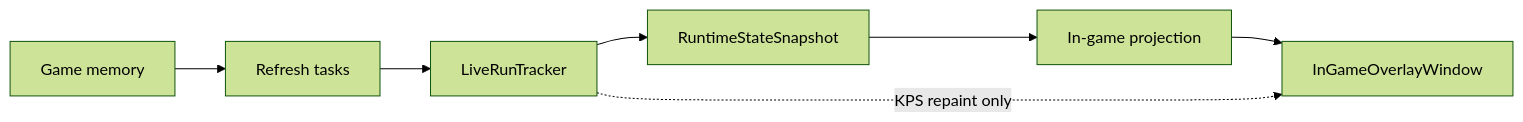
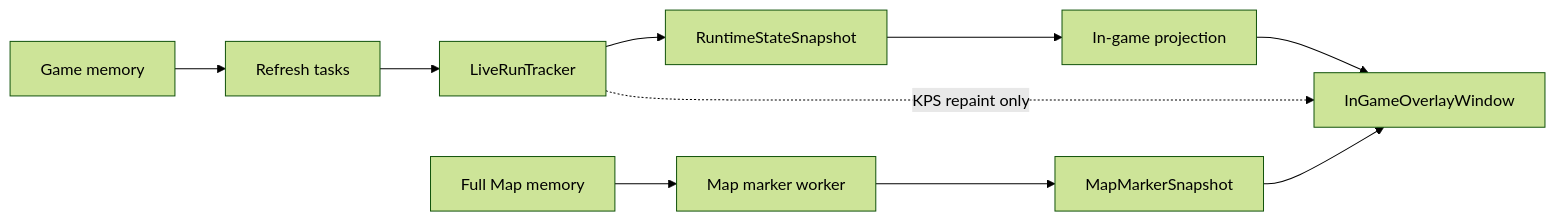
The diagram in docs/wiki/In_Game_Overlay.md (ALuiell/BonkScanner), drawn with Mermaid (forest theme) before and after one commit. The commit also changed other lines of this file and 30 other files, not shown here.

````diff
--- a/docs/wiki/In_Game_Overlay.md
+++ b/docs/wiki/In_Game_Overlay.md
@@ -29,9 +39,12 @@
 ```mermaid
 flowchart LR
     Memory[Game memory] --> Refresh[Refresh tasks]
     Refresh --> Tracker[LiveRunTracker]
     Tracker --> Snapshot[RuntimeStateSnapshot]
     Snapshot --> Projection[In-game projection]
     Projection --> Window[InGameOverlayWindow]
     Tracker -. KPS repaint only .-> Window
+    FullMap[Full Map memory] --> MarkerWorker[Map marker worker]
+    MarkerWorker --> MarkerSnapshot[MapMarkerSnapshot]
+    MarkerSnapshot --> Window
 ```
````
